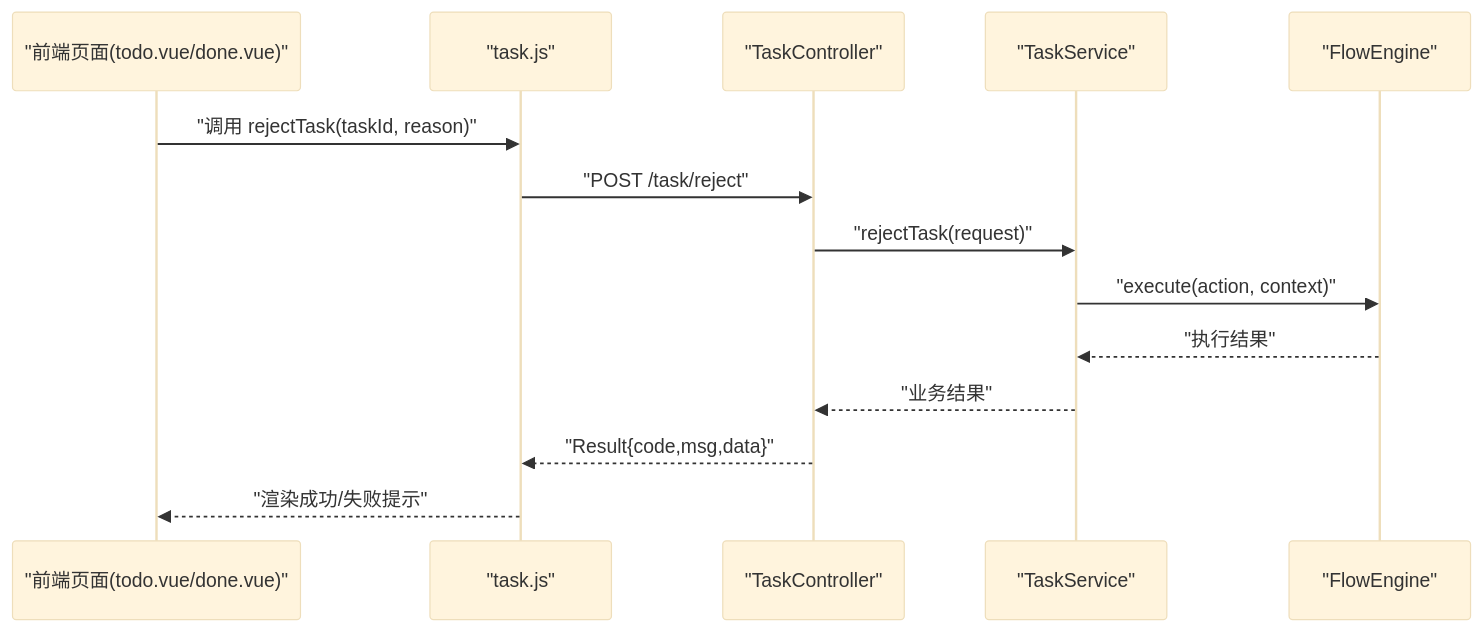
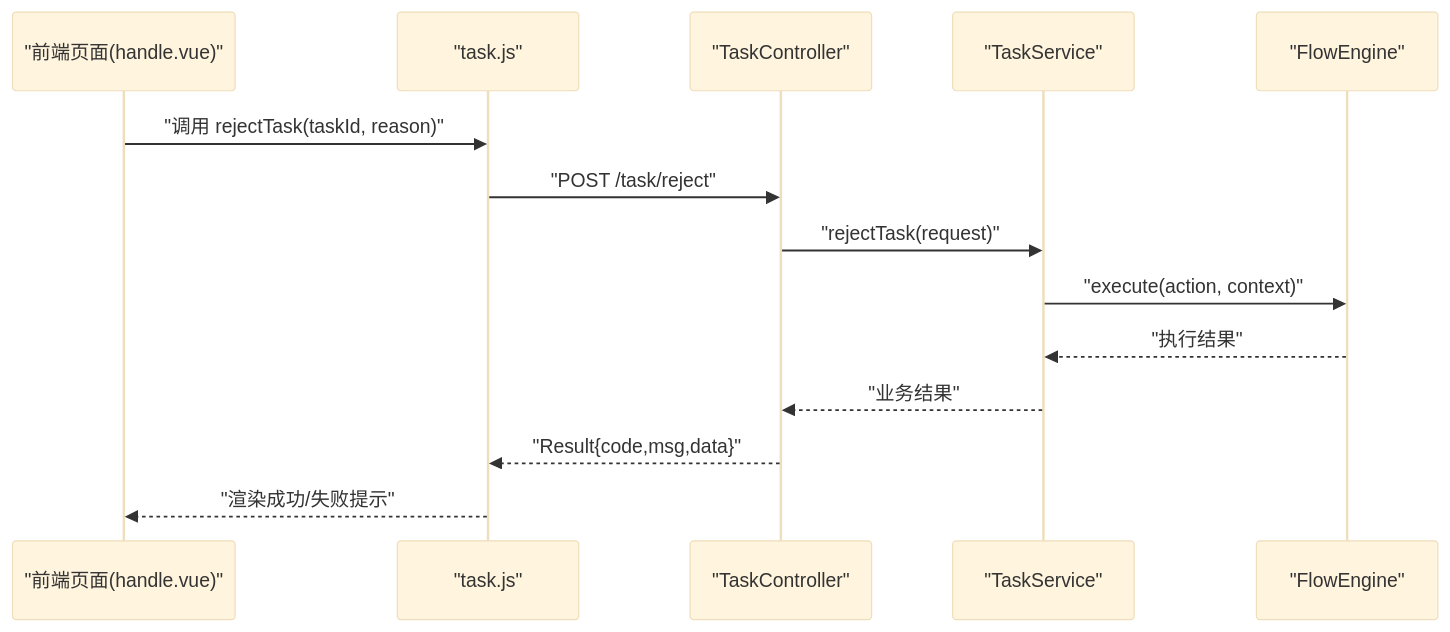
Before and after one commit to liming-lihaini/workflow: the ninth of 10 diagrams in .qoder/repowiki/zh/content/任务管理/任务操作处理/任务操作处理.md, drawn with Mermaid (base theme). The commit also changed other lines of this file and 49 other files, not shown here.

````diff
--- a/.qoder/repowiki/zh/content/任务管理/任务操作处理/任务操作处理.md
+++ b/.qoder/repowiki/zh/content/任务管理/任务操作处理/任务操作处理.md
@@ -446,16 +496,16 @@
 ```mermaid
 sequenceDiagram
-participant UI as "前端页面(todo.vue/done.vue)"
+participant UI as "前端页面(handle.vue)"
 participant Api as "task.js"
 participant Ctrl as "TaskController"
 participant Svc as "TaskService"
 participant Eng as "FlowEngine"
 UI->>Api : "调用 rejectTask(taskId, reason)"
 Api->>Ctrl : "POST /task/reject"
 Ctrl->>Svc : "rejectTask(request)"
 Svc->>Eng : "execute(action, context)"
 Eng-->>Svc : "执行结果"
 Svc-->>Ctrl : "业务结果"
 Ctrl-->>Api : "Result{code,msg,data}"
 Api-->>UI : "渲染成功/失败提示"
 ```
````
